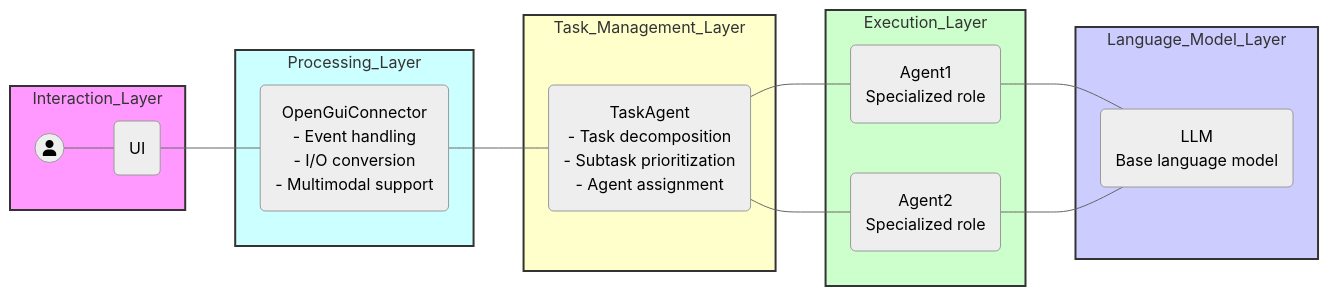
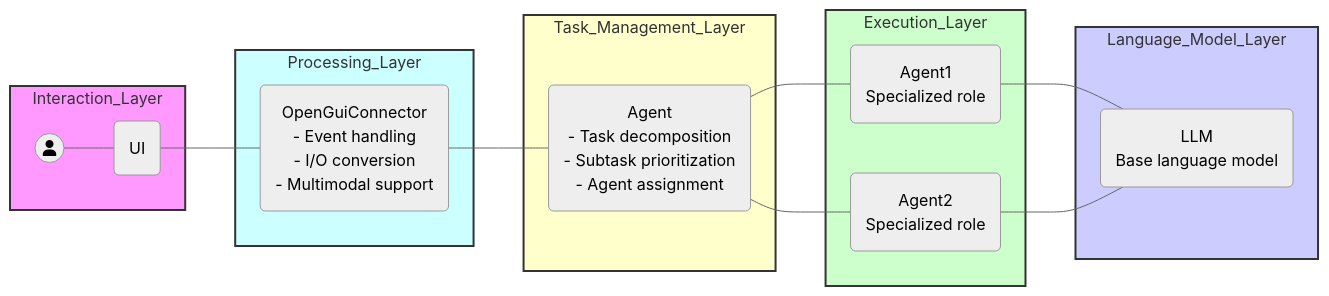
Before and after one commit to jinno3/GuiAgentLoopCore: the first of 2 diagrams in README.md, drawn with Mermaid (neutral theme). The commit also changed 26 other files, not shown here.

````diff
--- a/README.md
+++ b/README.md
@@ -7,40 +7,40 @@
 ```mermaid
 graph LR
     User((<i class="fas fa-user"></i>))---UI
     UI --- OpenGuiConnector
-    OpenGuiConnector --- TaskAgent
-    TaskAgent --- Agent1
-    TaskAgent --- Agent2
+    OpenGuiConnector --- Agent
+    Agent --- Agent1
+    Agent --- Agent2
     Agent1 --- LLM
     Agent2 --- LLM
 
     subgraph Interaction_Layer
     User((<i class="fas fa-user"></i>))
     UI(UI)
     end
 
     subgraph Processing_Layer
     OpenGuiConnector(OpenGuiConnector<br>- Event handling<br>- I/O conversion<br>- Multimodal support)
     end
 
     subgraph Task_Management_Layer
-    TaskAgent(TaskAgent<br>- Task decomposition<br>- Subtask prioritization<br>- Agent assignment)
+    Agent(Agent<br>- Task decomposition<br>- Subtask prioritization<br>- Agent assignment)
     end
 
     subgraph Execution_Layer
     Agent1(Agent1<br>Specialized role)
     Agent2(Agent2<br>Specialized role)
     end
 
     subgraph Language_Model_Layer
     LLM(LLM<br>Base language model)
     end
 
     style Interaction_Layer fill:#f9f,stroke:#333,stroke-width:2px,color:#333
     style Processing_Layer fill:#cff,stroke:#333,stroke-width:2px,color:#333
     style Task_Management_Layer fill:#ffc,stroke:#333,stroke-width:2px,color:#333
     style Execution_Layer fill:#cfc,stroke:#333,stroke-width:2px,color:#333
     style Language_Model_Layer fill:#ccf,stroke:#333,stroke-width:2px,color:#333
 
 
 ```
````
